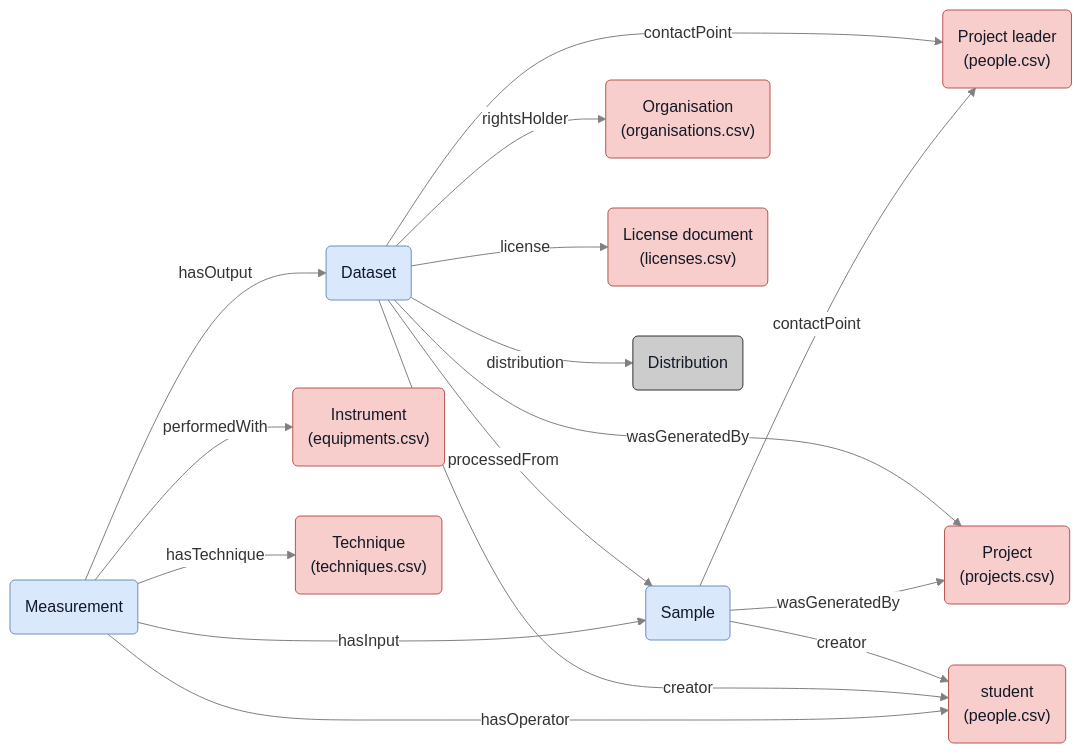
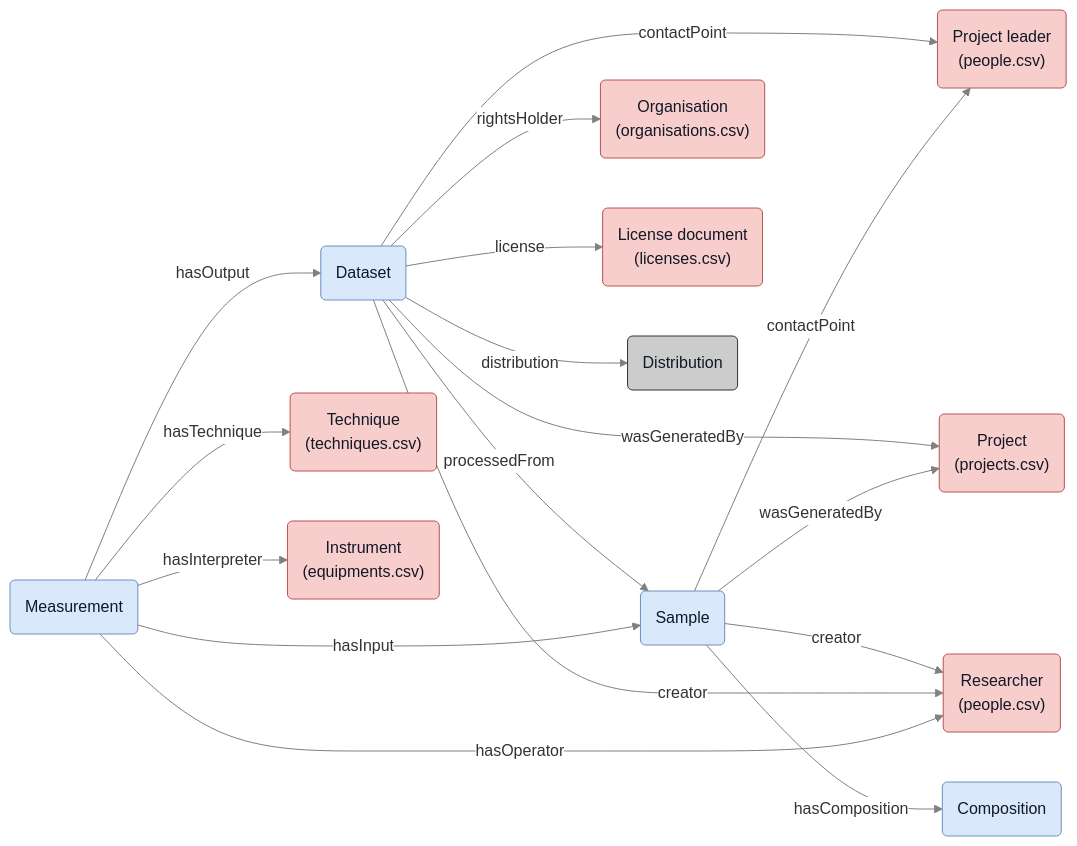
One commit to SINTEF/PhysMetDoc changed the diagram in docs/treeweaver2.md. Above: the diagram before and after it, drawn with Mermaid. The commit also changed other lines of this file, not shown here.

Commit message:
Updated mermaid figure again

````diff
--- a/docs/treeweaver2.md
+++ b/docs/treeweaver2.md
@@ -245,40 +245,40 @@
 ```mermaid
 ---
 config:
   theme: base
   themeVariables:
     background: '#ffffff'
     edgeLabelBackground: '#ffffff'
     lineColor: '#808080'
 ---
 flowchart LR
   classDef default fill:#f8cecc,stroke:#b85450,color:#111827;
   classDef blueBox fill:#dae8fc,stroke:#6c8ebf,color:#111827;
   classDef lightBlueBox fill:#dae8fc,stroke:#6c8ebf,color:#111827,stroke-dasharray: 5 5;
   classDef grayBox fill:#ccc,stroke:#333,color:#111827;
 
-  D(Dataset):::blueBox -- wasGeneratedBy --> PR("Project<br>(projects.csv)")
-  D -- contactPoint --> CP("Project leader<br>(people.csv)")
+  D(Dataset):::blueBox -- contactPoint --> CP("Project leader<br>(people.csv)")
+  D -- wasGeneratedBy --> PR("Project<br>(projects.csv)")
   S(Sample):::blueBox -- contactPoint --> CP
   S -- wasGeneratedBy --> PR
-  %%S -. hasComposition .-> C("Composition"):::lightBlueBox
-  S -- creator --> ST("student<br>(people.csv)")
+  S -- hasComposition --> C("Composition"):::blueBox
+  S -- creator --> ST("Researcher<br>(people.csv)")
   D -- rightsHolder --> RH("Organisation<br>(organisations.csv)")
   D -- license --> LD("License document<br>(licenses.csv)")
   D -- creator --> ST
   D -- processedFrom --> S
   D -- distribution --> DI(Distribution):::grayBox
-  M(Measurement):::blueBox -- hasInput --> S
+  M(Measurement):::blueBox -- hasTechnique --> TC("Technique<br>(techniques.csv)")
   M -- hasOutput --> D
-  M -- performedWith --> EQ("Instrument<br>(equipments.csv)")
+  M -- hasInput --> S
   M -- hasOperator --> ST
-  M -- hasTechnique --> TC("Technique<br>(techniques.csv)")
+  M -- hasInterpreter --> EQ("Instrument<br>(equipments.csv)")
 
   click CP "https://github.com/SINTEF/physmet-data-documentation-templates/blob/main/shared/people.csv" "template"
   click ST "https://github.com/SINTEF/physmet-data-documentation-templates/blob/main/shared/people.csv" "template"
   click PR "https://github.com/SINTEF/physmet-data-documentation-templates/blob/main/shared/projects.csv" "template"
   click RH "https://github.com/SINTEF/physmet-data-documentation-templates/blob/main/shared/organisations.csv" "template"
   click LD "https://github.com/SINTEF/physmet-data-documentation-templates/blob/main/shared/licenses.csv" "template"
   click EQ "https://github.com/SINTEF/physmet-data-documentation-templates/blob/main/shared/equipments.csv" "template"
   click TC "https://github.com/SINTEF/physmet-data-documentation-templates/blob/main/shared/techniques.csv" "template"
 ```
````
